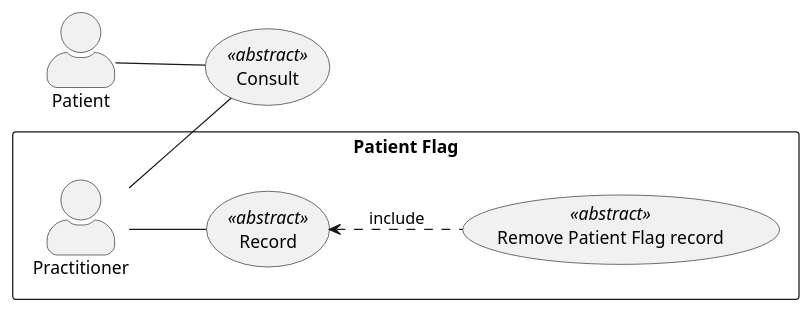
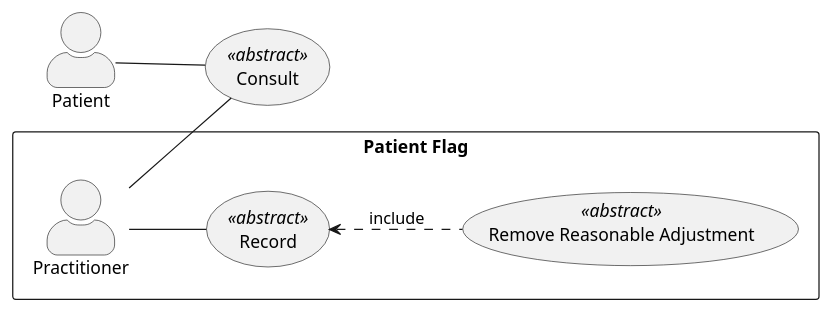
One commit to NHSDigital/ra-sandbox changed the diagram in input/images-source/remove-ra-usecase.plantuml. Above: the diagram before and after it, drawn with PlantUML. The commit also changed 7 other files, not shown here.

```diff
--- a/input/images-source/remove-ra-usecase.plantuml
+++ b/input/images-source/remove-ra-usecase.plantuml
@@ -1,22 +1,21 @@
 @startuml
 
 skinparam actorStyle awesome
 left to right direction
 
 rectangle "Patient Flag"{
 actor Practitioner as pra
 usecase "Record" as record <<abstract>>
-usecase "Remove Patient Flag record" as rem <<abstract>>
+usecase "Remove Reasonable Adjustment" as rem <<abstract>>
 }
-
 
 actor Patient as pat
 
 usecase "Consult" as consult <<abstract>>
 
 pat -- consult
 pra -- consult
 pra -- record
 record <.. rem : include
 
 @enduml
```
